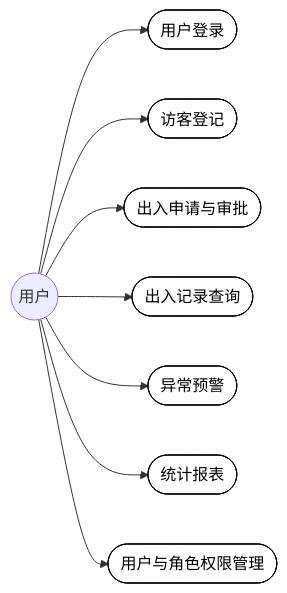
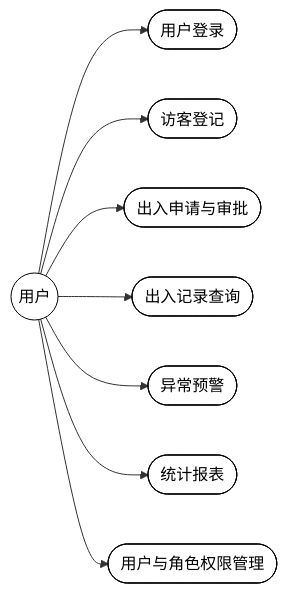
One commit to carl-Tu/campus-management changed the eighth of 24 diagrams in docs/功能需求分析与用例图.md. Above: the diagram before and after it, drawn with Mermaid. The commit also changed other lines of this file, not shown here.

Commit message:
fix：图形统一白色背景黑色边框，样式覆盖全部节点

````diff
--- a/docs/功能需求分析与用例图.md
+++ b/docs/功能需求分析与用例图.md
@@ -214,22 +214,22 @@
 ```mermaid
 flowchart LR
   User(("用户"))
   UC1(["用户登录"])
   UC2(["访客登记"])
   UC3(["出入申请与审批"])
   UC4(["出入记录查询"])
   UC5(["异常预警"])
   UC6(["统计报表"])
   UC7(["用户与角色权限管理"])
 
   User --> UC1
   User --> UC2
   User --> UC3
   User --> UC4
   User --> UC5
   User --> UC6
   User --> UC7
 
   classDef uc fill:#ffffff,stroke:#000000,stroke-width:1px,color:#000000
-  class UC1,UC2,UC3,UC4,UC5,UC6,UC7 uc
+  class User,UC1,UC2,UC3,UC4,UC5,UC6,UC7 uc
 ```
````
